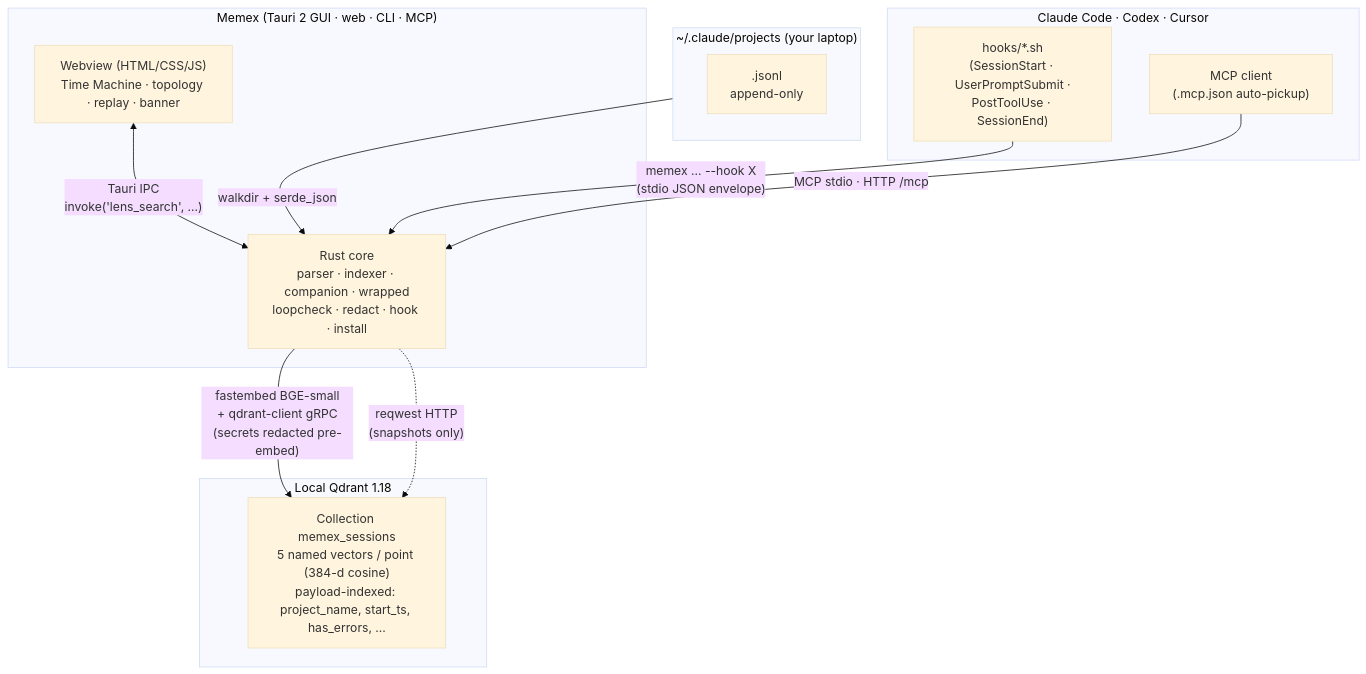
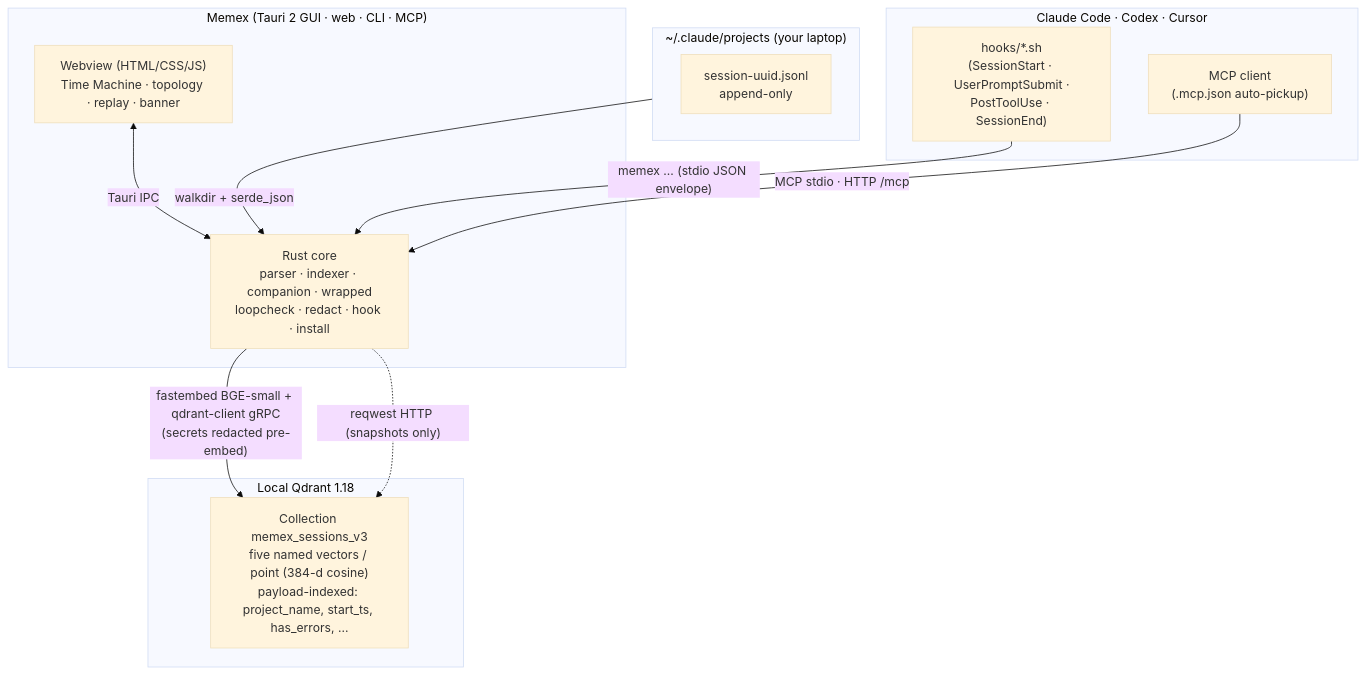
One commit to Two-Weeks-Team/memex changed the diagram in README.md. Above: the diagram before and after it, drawn with Mermaid (base theme). The commit also changed other lines of this file and 1 other file, not shown here.

````diff
--- a/README.md
+++ b/README.md
@@ -733,27 +283,27 @@
 ```mermaid
 flowchart TB
     subgraph fs["~/.claude/projects (your laptop)"]
-        jsonl["<session-uuid>.jsonl<br>append-only"]
+        jsonl["session-uuid.jsonl<br>append-only"]
     end
 
     subgraph agents["Claude Code · Codex · Cursor"]
         hooks["hooks/*.sh<br>(SessionStart · UserPromptSubmit ·<br>PostToolUse · SessionEnd)"]
         mcpclient["MCP client<br>(.mcp.json auto-pickup)"]
     end
 
     subgraph app["Memex (Tauri 2 GUI · web · CLI · MCP)"]
         webview["Webview (HTML/CSS/JS)<br>Time Machine · topology · replay · banner"]
         rustcore["Rust core<br>parser · indexer · companion · wrapped<br>loopcheck · redact · hook · install"]
-        webview <-- "Tauri IPC<br>invoke('lens_search', …)" --> rustcore
+        webview <-- "Tauri IPC" --> rustcore
     end
 
     subgraph qdrant["Local Qdrant 1.18"]
-        coll["Collection memex_sessions<br>5 named vectors / point (384-d cosine)<br>payload-indexed: project_name, start_ts, has_errors, …"]
+        coll["Collection memex_sessions_v3<br>five named vectors / point (384-d cosine)<br>payload-indexed: project_name, start_ts, has_errors, …"]
     end
 
-    fs -- walkdir + serde_json --> rustcore
-    rustcore -- "fastembed BGE-small<br>+ qdrant-client gRPC<br>(secrets redacted pre-embed)" --> coll
-    rustcore -. "reqwest HTTP<br>(snapshots only)" .-> coll
-    hooks -- "memex … --hook X<br>(stdio JSON envelope)" --> rustcore
+    fs -- "walkdir + serde_json" --> rustcore
+    rustcore -- "fastembed BGE-small + qdrant-client gRPC<br>(secrets redacted pre-embed)" --> coll
+    rustcore -. "reqwest HTTP (snapshots only)" .-> coll
+    hooks -- "memex … (stdio JSON envelope)" --> rustcore
     mcpclient -- "MCP stdio · HTTP /mcp" --> rustcore
 ```
````
